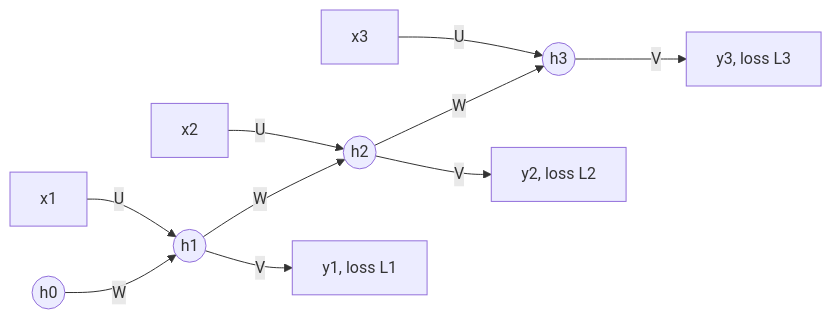
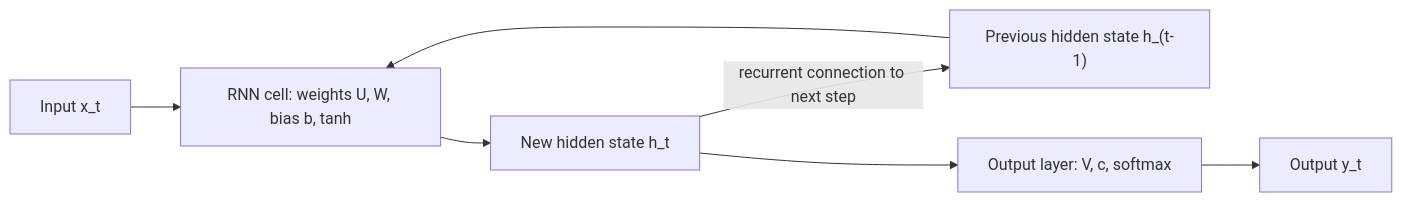
The diagram in content/deep-learning/pyq/2024-12/q4a.hi.mdx (TrendySloth1001/sem-seven-notes), drawn with Mermaid before and after one commit. The commit also changed other lines of this file and 186 other files, not shown here.

````diff
--- a/content/deep-learning/pyq/2024-12/q4a.hi.mdx
+++ b/content/deep-learning/pyq/2024-12/q4a.hi.mdx
@@ -31,11 +22,10 @@
 ```mermaid
-%% caption: Unfolded RNN pe components. U har input ko andar laata hai, W memory ko aage le jaata hai, V har output banata hai, aur losses jodi jaati hain.
+%% caption: Ek step mein RNN ke components. Loop naya hidden state agle step ki memory ke roop mein wapas bhejta hai.
 flowchart LR
-  H0(("h0")) -- "W" --> H1(("h1")) -- "W" --> H2(("h2")) -- "W" --> H3(("h3"))
-  X1["x1"] -- "U" --> H1
-  X2["x2"] -- "U" --> H2
-  X3["x3"] -- "U" --> H3
-  H1 -- "V" --> Y1["y1, loss L1"]
-  H2 -- "V" --> Y2["y2, loss L2"]
-  H3 -- "V" --> Y3["y3, loss L3"]
+  X["Input x_t"] --> C["RNN cell: weights U, W, bias b, tanh"]
+  H0["Previous hidden state h_(t-1)"] --> C
+  C --> H1["New hidden state h_t"]
+  H1 -->|"recurrent connection to next step"| H0
+  H1 --> O["Output layer: V, c, softmax"]
+  O --> Y["Output y_t"]
 ```
````
